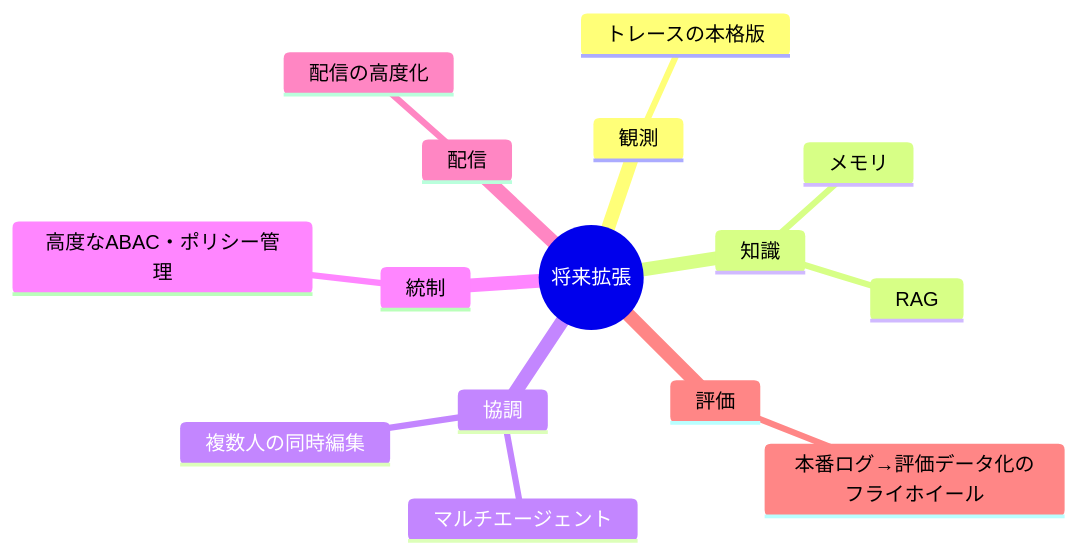
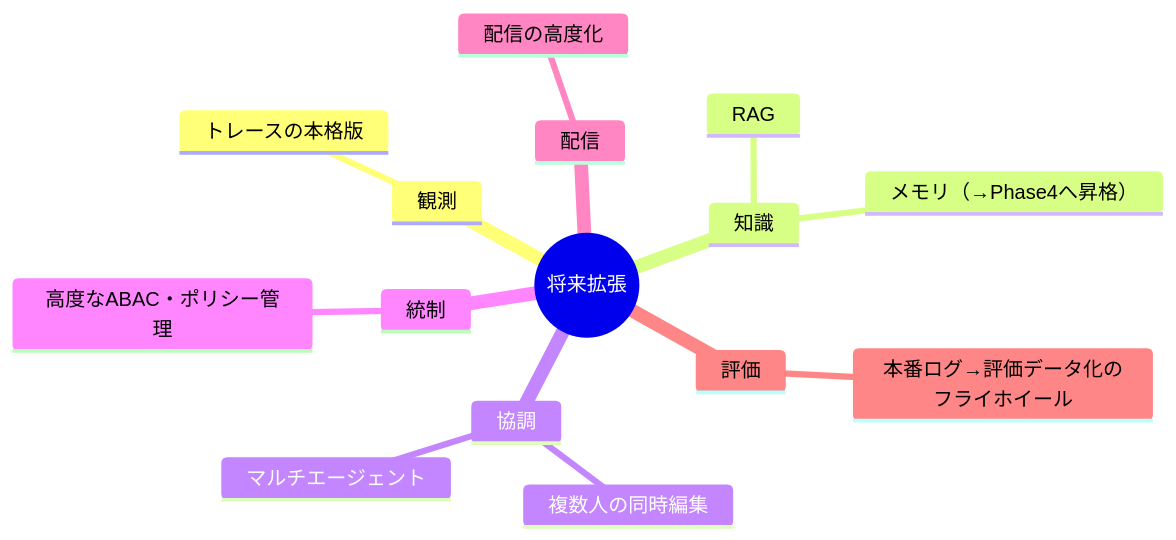
One commit to yy7613/agentblume changed the fifth of 5 diagrams in docs/09-roadmap.md. Above: the diagram before and after it, drawn with Mermaid. The commit also changed other lines of this file and 6 other files, not shown here.

````diff
--- a/docs/09-roadmap.md
+++ b/docs/09-roadmap.md
@@ -148,18 +155,18 @@
 ```mermaid
 mindmap
   root((将来拡張))
     観測
       トレースの本格版
     知識
-      メモリ
+      メモリ（→Phase4へ昇格）
       RAG
     協調
       マルチエージェント
       複数人の同時編集
     統制
       高度なABAC・ポリシー管理
     配信
       配信の高度化
     評価
       本番ログ→評価データ化のフライホイール
 ```
````
